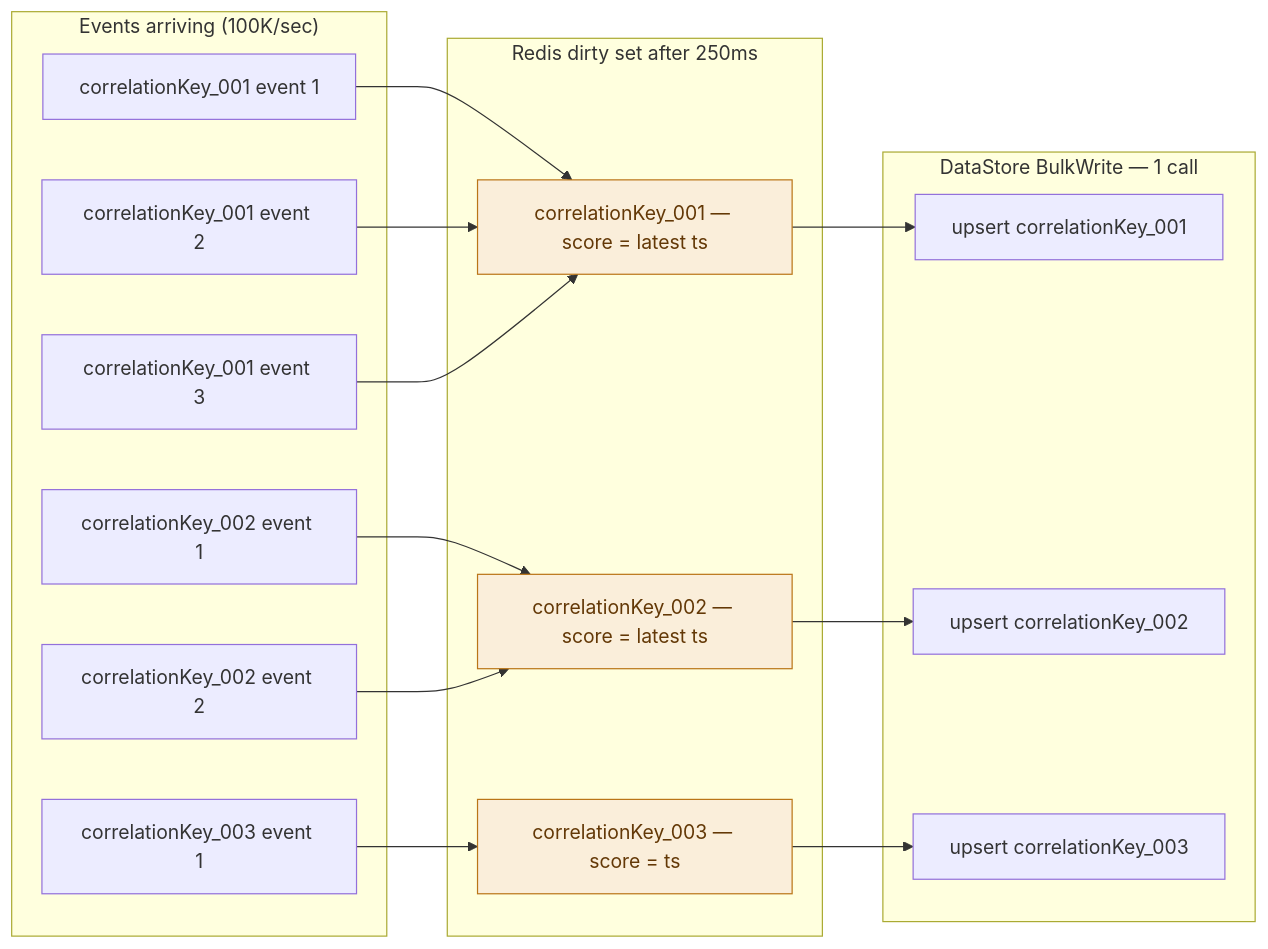
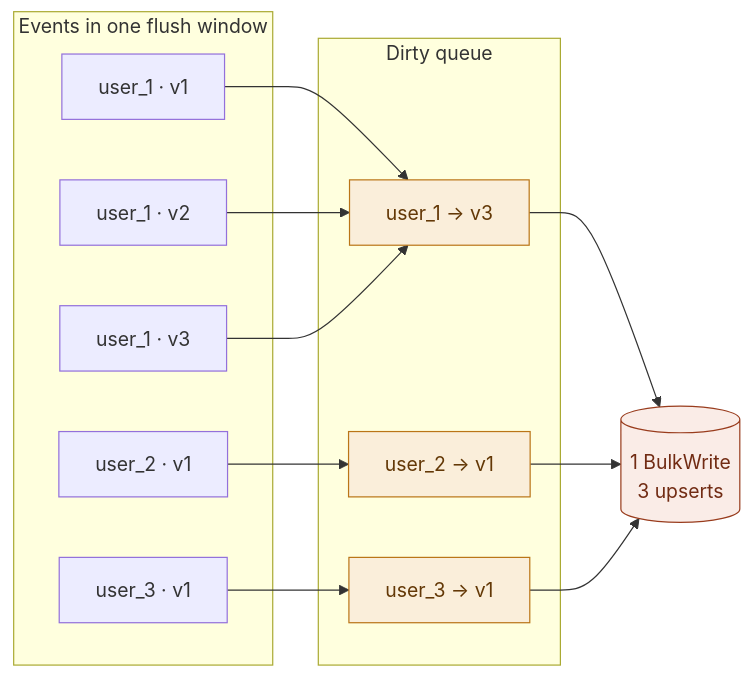
Before and after one commit to hussainpithawala/sluice-go: the second of 3 diagrams in README.md, drawn with Mermaid. The commit also changed other lines of this file and 1 other file, not shown here.

First line of the commit message:
chore(docs): update `event-log.md` to replace CRN references with user_id

````diff
--- a/README.md
+++ b/README.md
@@ -128,37 +197,25 @@
 ```mermaid
 flowchart LR
-    subgraph IN ["Events arriving (100K/sec)"]
-        E1["correlationKey_001 event 1"]
-        E2["correlationKey_002 event 1"]
-        E3["correlationKey_001 event 2"]
-        E4["correlationKey_003 event 1"]
-        E5["correlationKey_001 event 3"]
-        E6["correlationKey_002 event 2"]
+    subgraph IN ["Events in one flush window"]
+        E1["user_1 · v1"]
+        E2["user_2 · v1"]
+        E3["user_1 · v2"]
+        E4["user_3 · v1"]
+        E5["user_1 · v3"]
     end
-
-    subgraph RDS ["Redis dirty set after 250ms"]
-        D1["correlationKey_001 — score = latest ts"]
-        D2["correlationKey_002 — score = latest ts"]
-        D3["correlationKey_003 — score = ts"]
+    subgraph Q ["Dirty queue"]
+        D1["user_1 → v3"]
+        D2["user_2 → v1"]
+        D3["user_3 → v1"]
     end
-
-    subgraph BW ["DataStore BulkWrite — 1 call"]
-        B1[upsert correlationKey_001]
-        B2[upsert correlationKey_002]
-        B3[upsert correlationKey_003]
-    end
-
-    E1 --> D1
+    BW[("1 BulkWrite<br/>3 upserts")]
+    E1 & E3 & E5 --> D1
     E2 --> D2
-    E3 --> D1
     E4 --> D3
-    E5 --> D1
-    E6 --> D2
-    D1 --> B1
-    D2 --> B2
-    D3 --> B3
+    D1 & D2 & D3 --> BW
 
     style D1 fill:#FAEEDA,stroke:#BA7517,color:#633806
     style D2 fill:#FAEEDA,stroke:#BA7517,color:#633806
     style D3 fill:#FAEEDA,stroke:#BA7517,color:#633806
+    style BW fill:#FAECE7,stroke:#993C1D,color:#712B13
 ```
````
